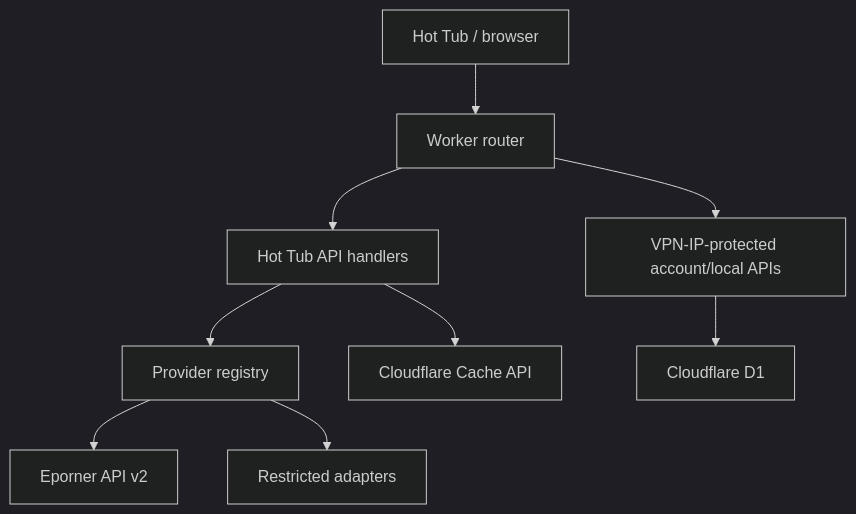
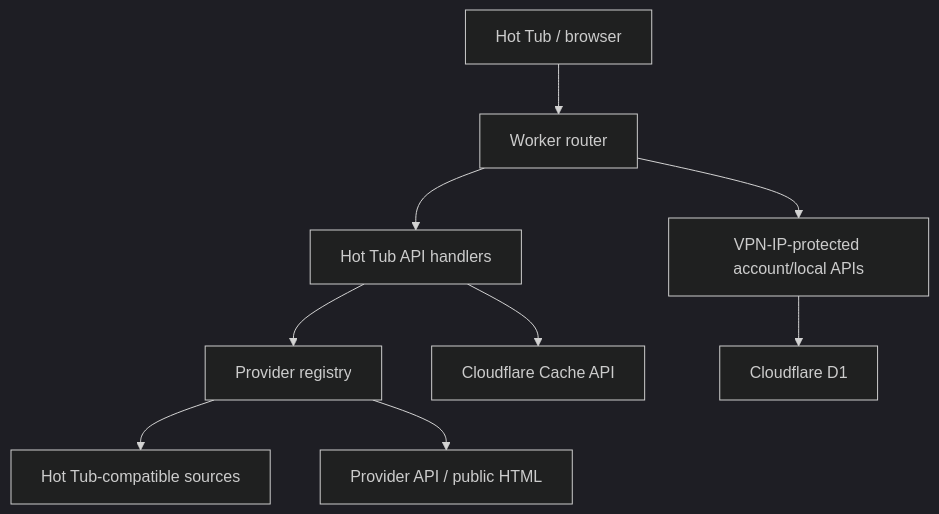
One commit to Nexus-Joe-Kane/NetKit changed the diagram in docs/architecture.md. Above: the diagram before and after it, drawn with Mermaid (dark theme). The commit also changed other lines of this file and 34 other files, not shown here.

Commit message:
Enable working Hot Tub provider adapters

````diff
--- a/docs/architecture.md
+++ b/docs/architecture.md
@@ -9,11 +9,11 @@
 ```mermaid
 flowchart TD
   Client["Hot Tub / browser"] --> Router["Worker router"]
   Router --> Protocol["Hot Tub API handlers"]
   Protocol --> Registry["Provider registry"]
-  Registry --> Eporner["Eporner API v2"]
-  Registry --> Stubs["Restricted adapters"]
+  Registry --> Federation["Hot Tub-compatible sources"]
+  Registry --> Catalogues["Provider API / public HTML"]
   Router --> Private["VPN-IP-protected account/local APIs"]
   Private --> D1["Cloudflare D1"]
   Protocol --> Cache["Cloudflare Cache API"]
 ```
````
